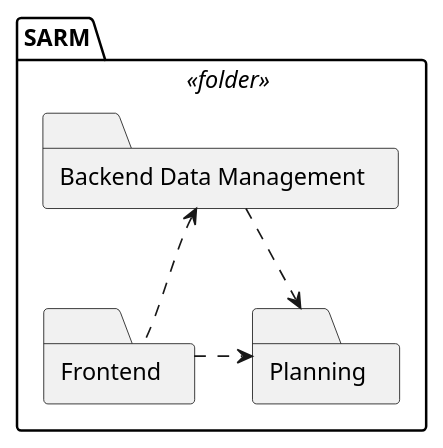
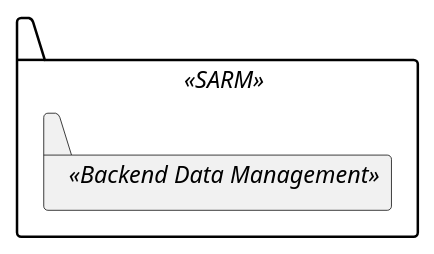
One commit to 1220846/sem5pi-24-25-3ddg20 changed the diagram in docs/views/level2/implementation-view.puml. Above: the diagram before and after it, drawn with PlantUML. The commit also changed 3 other files, not shown here.

```diff
--- a/docs/views/level2/implementation-view.puml
+++ b/docs/views/level2/implementation-view.puml
@@ -1,24 +1,10 @@
-@startuml
+@startuml implementation-view
 top to bottom direction
 
-folder "SARM" <<folder>>{
-
-    folder "Backend Data Management" as BackendDataManagement{
+package " " <<SARM>>{
+    package " " <<Backend Data Management>>{
 
     }
-
-    folder "Frontend" as FrontendDataManagement{
-        
-    }
-
-    folder "Planning" as Planning{
-        
-    }
-
 }
 
-BackendDataManagement <.. FrontendDataManagement
-BackendDataManagement ..> Planning
-FrontendDataManagement .r.> Planning
-
 @enduml
```
